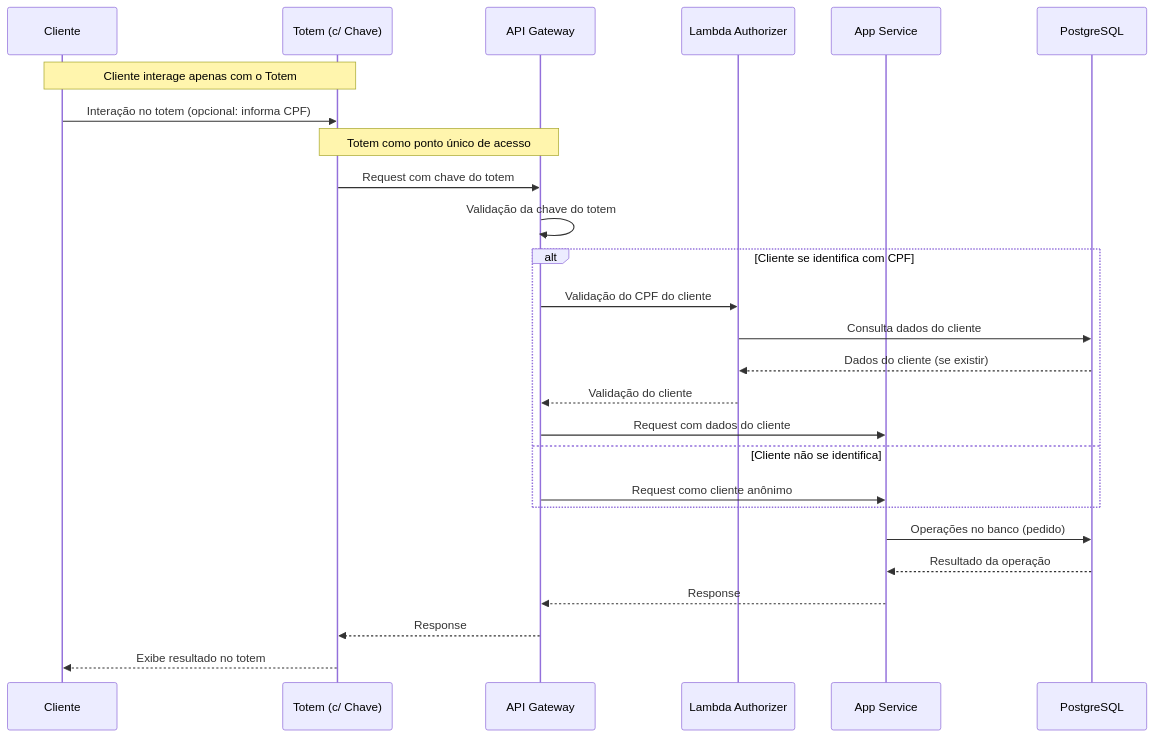
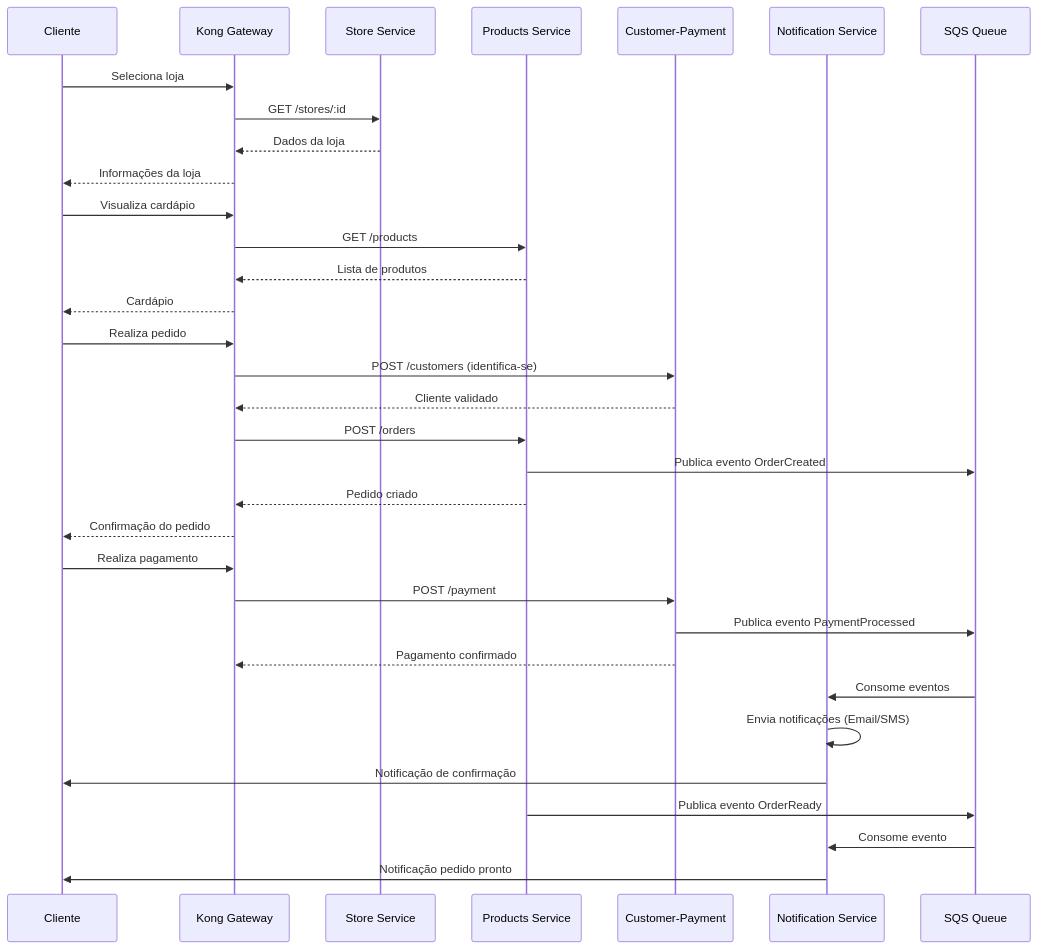
Before and after one commit to FIAP-Tech-Challange/.github: the second of 7 diagrams in profile/README.md, drawn with Mermaid. The commit also changed other lines of this file, not shown here.

````diff
--- a/profile/README.md
+++ b/profile/README.md
@@ -76,32 +112,41 @@
 ```mermaid
 sequenceDiagram
     participant C as Cliente
-    participant T as Totem (c/ Chave)
-    participant G as API Gateway
-    participant L as Lambda Authorizer
-    participant A as App Service
-    participant D as PostgreSQL
+    participant K as Kong Gateway
+    participant S as Store Service
+    participant P as Products Service
+    participant CP as Customer-Payment
+    participant N as Notification Service
+    participant Q as SQS Queue
 
-    Note over C,T: Cliente interage apenas com o Totem
-    C->>T: Interação no totem (opcional: informa CPF)
+    C->>K: Seleciona loja
+    K->>S: GET /stores/:id
+    S-->>K: Dados da loja
+    K-->>C: Informações da loja
 
-    Note over T,G: Totem como ponto único de acesso
-    T->>G: Request com chave do totem
-    G->>G: Validação da chave do totem
+    C->>K: Visualiza cardápio
+    K->>P: GET /products
+    P-->>K: Lista de produtos
+    K-->>C: Cardápio
 
-    alt Cliente se identifica com CPF
-        G->>L: Validação do CPF do cliente
-        L->>D: Consulta dados do cliente
-        D-->>L: Dados do cliente (se existir)
-        L-->>G: Validação do cliente
-        G->>A: Request com dados do cliente
-    else Cliente não se identifica
-        G->>A: Request como cliente anônimo
-    end
+    C->>K: Realiza pedido
+    K->>CP: POST /customers (identifica-se)
+    CP-->>K: Cliente validado
+    K->>P: POST /orders
+    P->>Q: Publica evento OrderCreated
+    P-->>K: Pedido criado
+    K-->>C: Confirmação do pedido
 
-    A->>D: Operações no banco (pedido)
-    D-->>A: Resultado da operação
-    A-->>G: Response
-    G-->>T: Response
-    T-->>C: Exibe resultado no totem
+    C->>K: Realiza pagamento
+    K->>CP: POST /payment
+    CP->>Q: Publica evento PaymentProcessed
+    CP-->>K: Pagamento confirmado
+
+    Q->>N: Consome eventos
+    N->>N: Envia notificações (Email/SMS)
+    N->>C: Notificação de confirmação
+
+    P->>Q: Publica evento OrderReady
+    Q->>N: Consome evento
+    N->>C: Notificação pedido pronto
 ```
````
